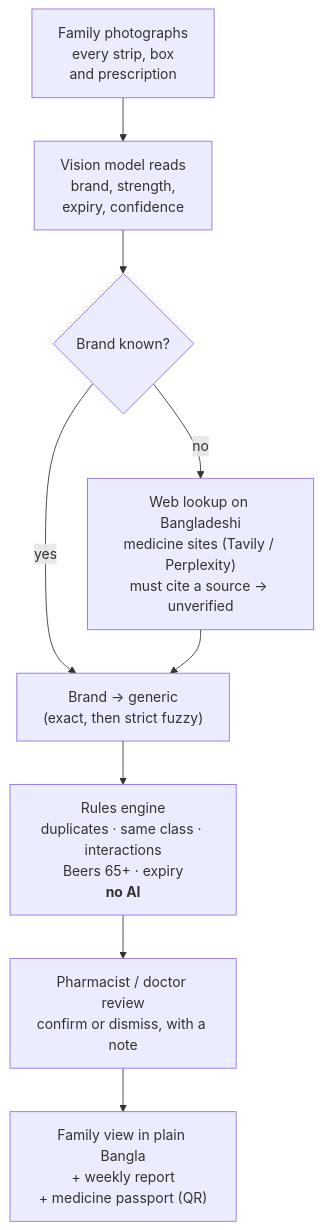
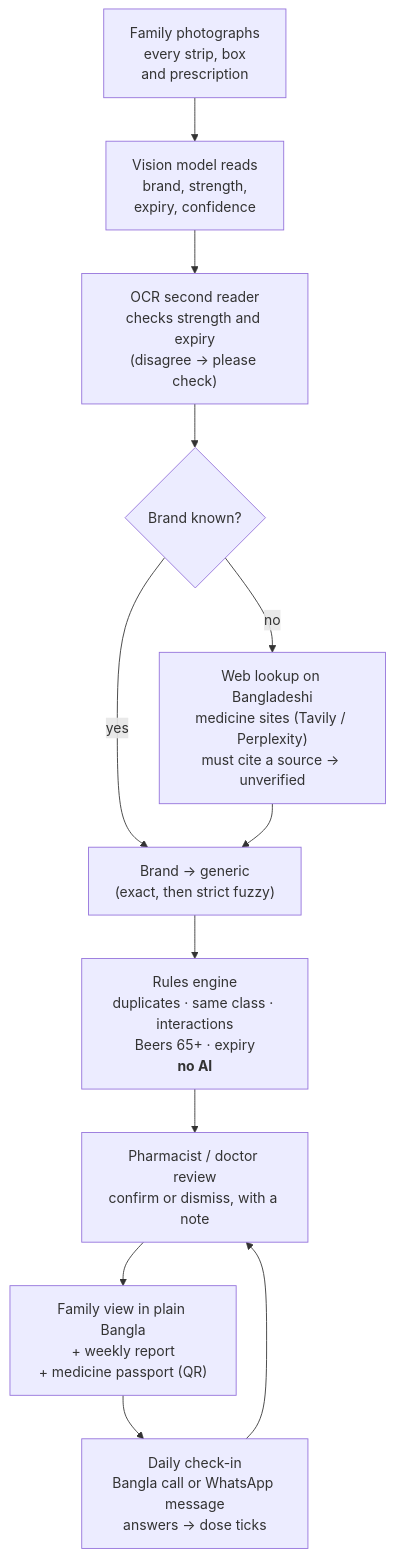
The first of 2 diagrams in README.md (ProttoyDip/OushodhSathi-), drawn with Mermaid before and after one commit. The commit also changed other lines of this file and 7 other files, not shown here.

````diff
--- a/README.md
+++ b/README.md
@@ -32,11 +44,14 @@
 ```mermaid
 flowchart TD
     A["Family photographs<br/>every strip, box<br/>and prescription"] --> B["Vision model reads<br/>brand, strength,<br/>expiry, confidence"]
-    B --> C{"Brand known?"}
+    B --> Q["OCR second reader<br/>checks strength and expiry<br/>(disagree → please check)"]
+    Q --> C{"Brand known?"}
     C -- "yes" --> D["Brand → generic<br/>(exact, then strict fuzzy)"]
     C -- "no" --> W["Web lookup on Bangladeshi<br/>medicine sites (Tavily / Perplexity)<br/>must cite a source → unverified"]
     W --> D
     D --> E["Rules engine<br/>duplicates · same class · interactions<br/>Beers 65+ · expiry<br/><b>no AI</b>"]
     E --> F["Pharmacist / doctor review<br/>confirm or dismiss, with a note"]
     F --> G["Family view in plain Bangla<br/>+ weekly report<br/>+ medicine passport (QR)"]
+    G --> H["Daily check-in<br/>Bangla call or WhatsApp message<br/>answers → dose ticks"]
+    H --> F
 ```
````
